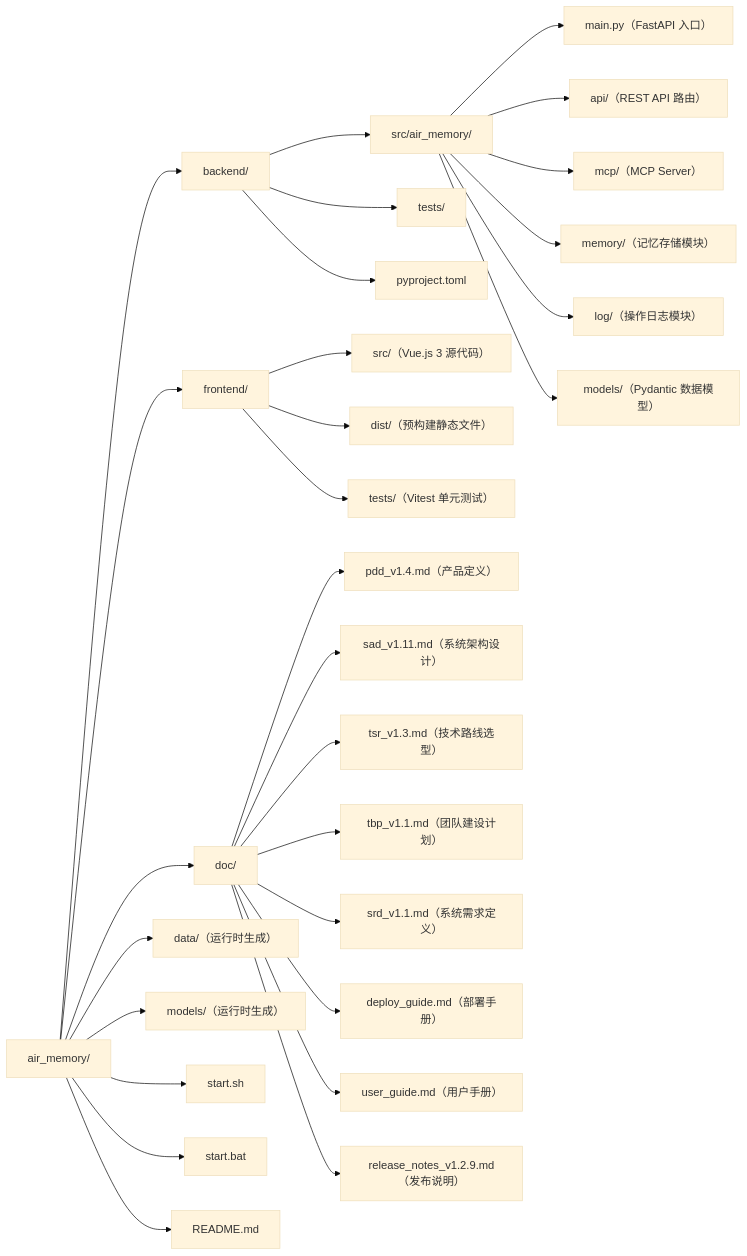
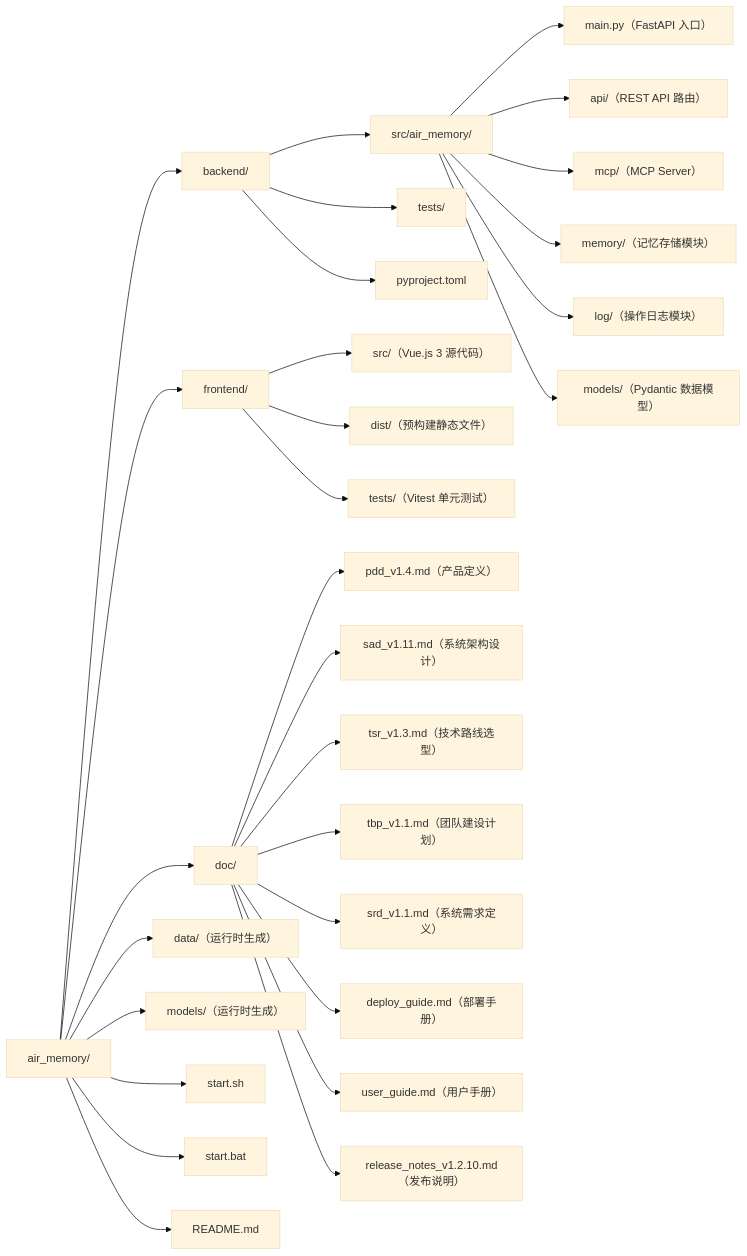
The diagram in README.md (SevenLv/air_memory), drawn with Mermaid (base theme) before and after one commit. The commit also changed other lines of this file and 15 other files, not shown here.

````diff
--- a/README.md
+++ b/README.md
@@ -50,37 +50,37 @@
 ```mermaid
 graph LR
     ROOT["air_memory/"]
 
     ROOT --> BACKEND["backend/"]
     ROOT --> FRONTEND["frontend/"]
     ROOT --> DOC["doc/"]
     ROOT --> DATA["data/（运行时生成）"]
     ROOT --> MODELS["models/（运行时生成）"]
     ROOT --> START_SH["start.sh"]
     ROOT --> START_BAT["start.bat"]
     ROOT --> README["README.md"]
 
     BACKEND --> BE_SRC["src/air_memory/"]
     BACKEND --> BE_TESTS["tests/"]
     BACKEND --> BE_PYPROJECT["pyproject.toml"]
 
     BE_SRC --> BE_MAIN["main.py（FastAPI 入口）"]
     BE_SRC --> BE_API["api/（REST API 路由）"]
     BE_SRC --> BE_MCP["mcp/（MCP Server）"]
     BE_SRC --> BE_MEM["memory/（记忆存储模块）"]
     BE_SRC --> BE_LOG["log/（操作日志模块）"]
     BE_SRC --> BE_MODELS["models/（Pydantic 数据模型）"]
 
     FRONTEND --> FE_SRC["src/（Vue.js 3 源代码）"]
     FRONTEND --> FE_DIST["dist/（预构建静态文件）"]
     FRONTEND --> FE_TESTS["tests/（Vitest 单元测试）"]
 
     DOC --> D1["pdd_v1.4.md（产品定义）"]
     DOC --> D2["sad_v1.11.md（系统架构设计）"]
     DOC --> D3["tsr_v1.3.md（技术路线选型）"]
     DOC --> D4["tbp_v1.1.md（团队建设计划）"]
     DOC --> D5["srd_v1.1.md（系统需求定义）"]
     DOC --> D6["deploy_guide.md（部署手册）"]
     DOC --> D7["user_guide.md（用户手册）"]
-    DOC --> D8["release_notes_v1.2.9.md（发布说明）"]
+    DOC --> D8["release_notes_v1.2.10.md（发布说明）"]
 ```
````
